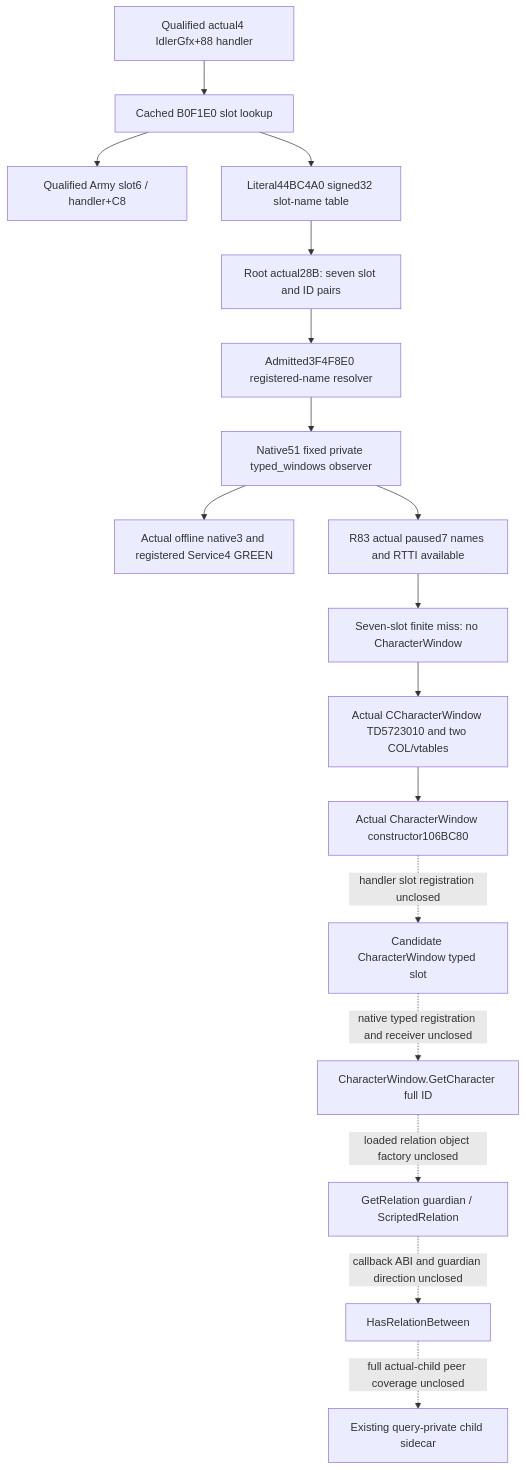
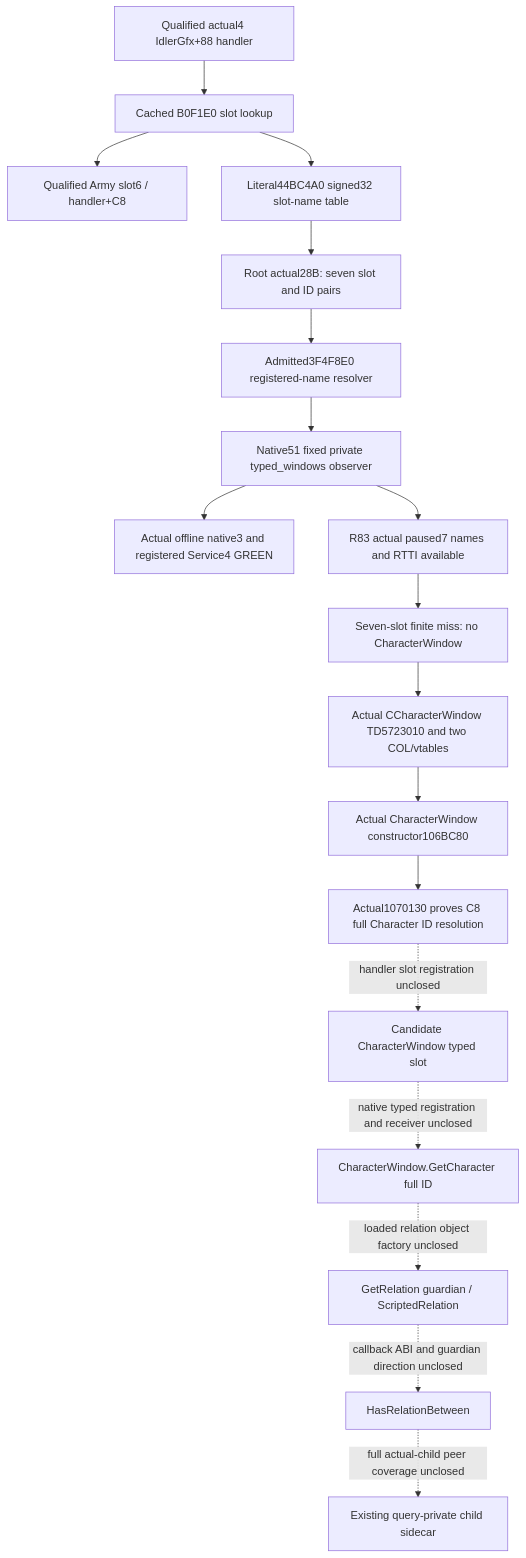
Before and after one commit to XenoAmess/ck3_eternal_recurrence: the second of 2 diagrams in docs/ck3-native-ai/character-window-guardian-native-provider-12004.md, drawn with Mermaid. The commit also changed other lines of this file, not shown here.

Commit message:
Prove CharacterWindow subject ID and reuse the actual4 resolver

````diff
--- a/docs/ck3-native-ai/character-window-guardian-native-provider-12004.md
+++ b/docs/ck3-native-ai/character-window-guardian-native-provider-12004.md
@@ -388,19 +420,20 @@
 ```mermaid
 flowchart TD
   I[Qualified actual4 IdlerGfx+88 handler] --> S[Cached B0F1E0 slot lookup]
   S --> A[Qualified Army slot6 / handler+C8]
   S --> T[Literal44BC4A0 signed32 slot-name table]
   T --> P[Root actual28B: seven slot and ID pairs]
   P --> N[Admitted3F4F8E0 registered-name resolver]
   N --> D[Native51 fixed private typed_windows observer]
   D --> F[Actual offline native3 and registered Service4 GREEN]
   D --> L[R83 actual paused7 names and RTTI available]
   L --> M[Seven-slot finite miss: no CharacterWindow]
   M --> T2[Actual CCharacterWindow TD5723010 and two COL/vtables]
   T2 --> K2[Actual CharacterWindow constructor106BC80]
-  K2 -. handler slot registration unclosed .-> C[Candidate CharacterWindow typed slot]
+  K2 --> F2[Actual1070130 proves C8 full Character ID resolution]
+  F2 -. handler slot registration unclosed .-> C[Candidate CharacterWindow typed slot]
   C -. native typed registration and receiver unclosed .-> G[CharacterWindow.GetCharacter full ID]
   G -. loaded relation object factory unclosed .-> R[GetRelation guardian / ScriptedRelation]
   R -. callback ABI and guardian direction unclosed .-> H[HasRelationBetween]
   H -. full actual-child peer coverage unclosed .-> O[Existing query-private child sidecar]
 ```
````
